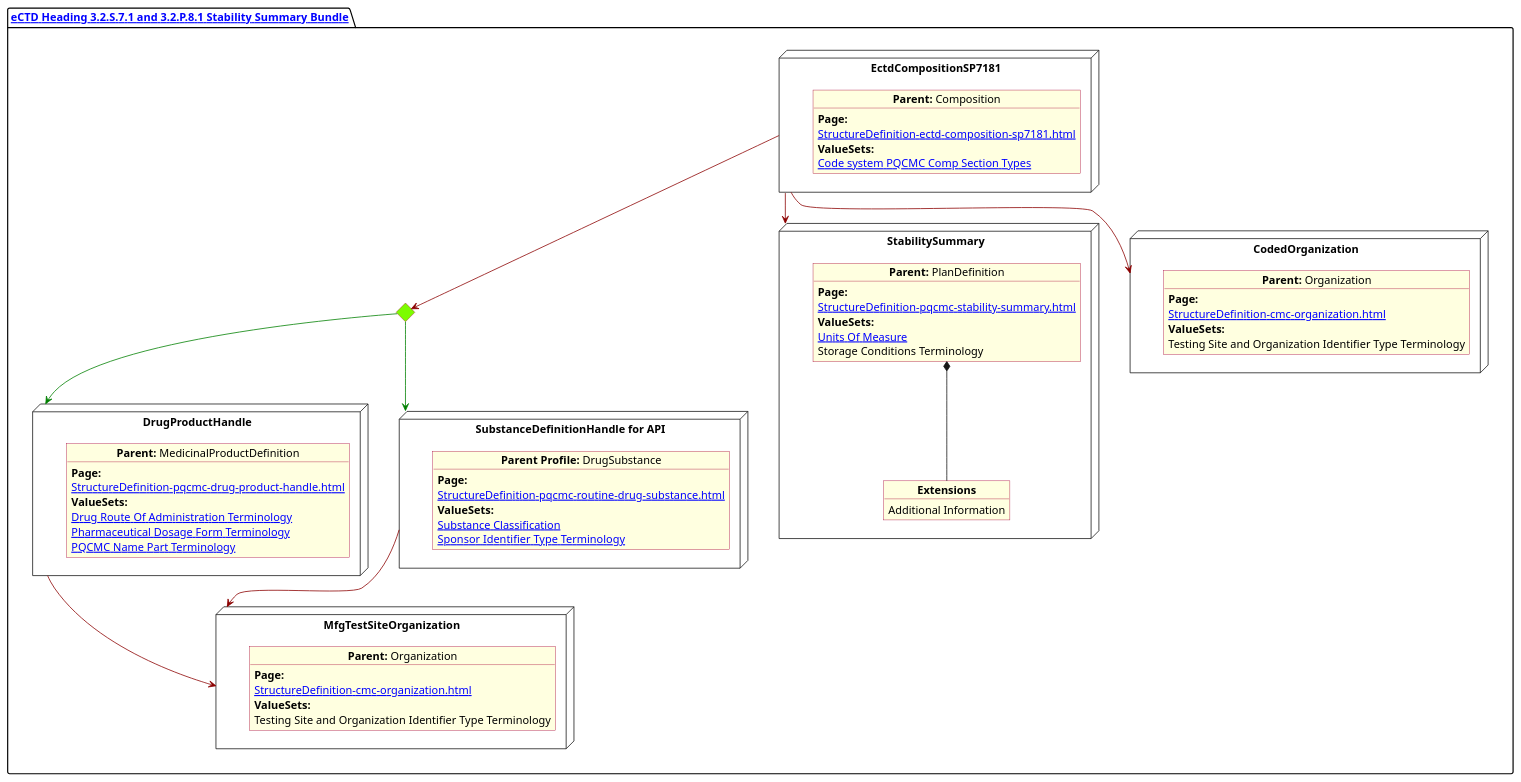
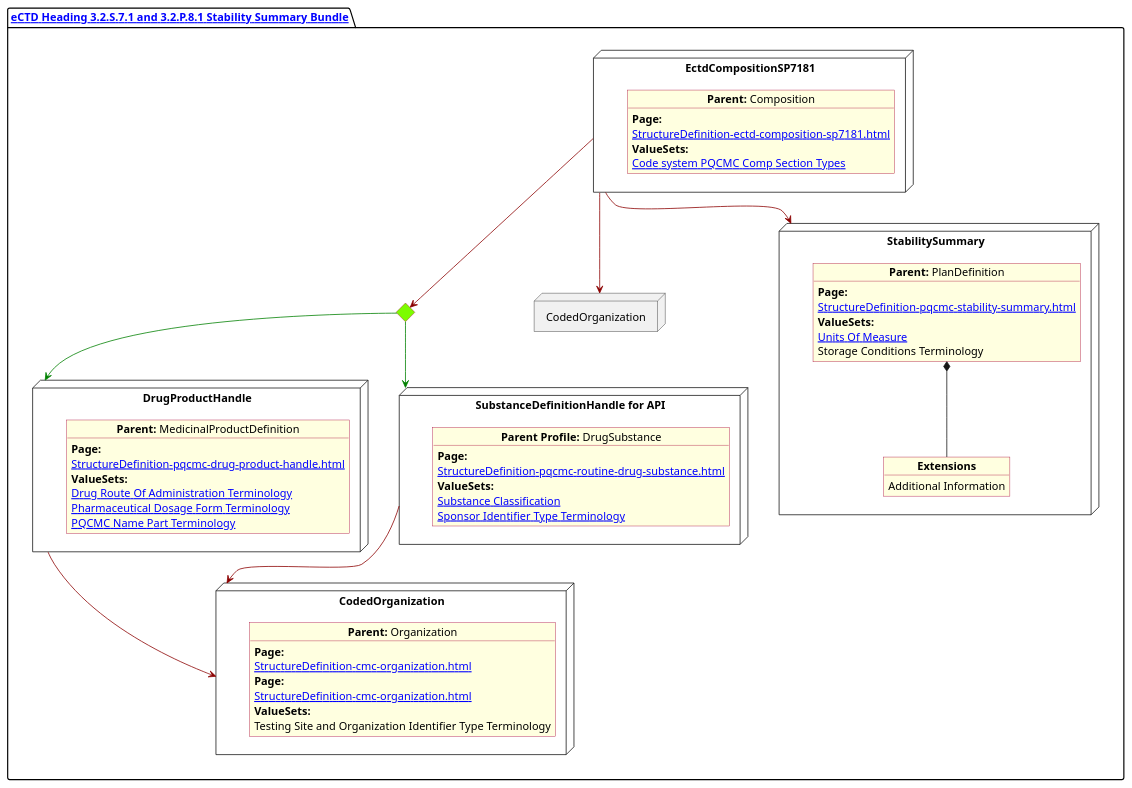
Before and after one commit to HL7/FHIR-us-pq-cmc-fda: the diagram in input/images-source/StabilitySummary.plantuml, drawn with PlantUML. The commit also changed 1 other file, not shown here.

Commit message:
removed Prod container page; repleace Manufactur with codeOrg

```diff
--- a/input/images-source/StabilitySummary.plantuml
+++ b/input/images-source/StabilitySummary.plantuml
@@ -1,93 +1,91 @@
 @startuml StabilitySummary
 allowmixing
 'Mixed model of use case and object
 skinparam svgDimensionStyle false
 skinparam ObjectBackgroundColor LightYellow
 skinparam ObjectBorderColor #A80036
 skinparam activityDiamondBorderColor #A80036
 skinparam activityDiamondBackgroundColor lawnGreen
 skinparam ClassBorderThickness 4
 
 package "[[StructureDefinition-cmc-ectd-document-sp7181.html eCTD Heading 3.2.S.7.1 and 3.2.P.8.1 Stability Summary Bundle]]" as NODES {
 
       node "DrugProductHandle" as NN {
 
             object "**Parent:** MedicinalProductDefinition" as obj3 {
                   **Page:**
                   [[StructureDefinition-pqcmc-drug-product-handle.html]]
                   **ValueSets:**
                   [[ValueSet-spl-drug-route-of-administration-terminology.html Drug Route Of Administration Terminology]]
                   [[ValueSet-spl-pharmaceutical-dosage-form-terminology.html Pharmaceutical Dosage Form Terminology]]
                   [[ValueSet-pqcmc-name-part-terminology.html PQCMC Name Part Terminology]]
             }
       }
       diamond CH
 
       node "SubstanceDefinitionHandle for API" as NNS {
 
             object "**Parent Profile:** DrugSubstance" as obj4 {
                   **Page:**
                   [[StructureDefinition-pqcmc-routine-drug-substance.html]]
                   **ValueSets:**
                   [[ValueSet-substance-classification.html Substance Classification]]
                   [[ValueSet-pqcmc-org-identifier-type-terminology.html Sponsor Identifier Type Terminology]]
             }
       }
 
-      node "MfgTestSiteOrganization" as NMFG {
+        node "CodedOrganization" as NMFG {
 
-            object "**Parent:** Organization" as objDP {
-                  **Page:**
-                  [[StructureDefinition-cmc-organization.html]]
-                  **ValueSets:**
-                  Testing Site and Organization Identifier Type Terminology
-            }
-      }
+    object "**Parent:** Organization" as objAu {
+      **Page:**
+      [[StructureDefinition-cmc-organization.html]]
+    }
+  }
 
       node "StabilitySummary" as NMain {
 
             object "**Parent:** PlanDefinition" as objMain {
                   **Page:**
                   [[StructureDefinition-pqcmc-stability-summary.html]]
                   **ValueSets:**
                   [[ValueSet-pqcmc-units-of-measure.html Units Of Measure]]
                   Storage Conditions Terminology
             }
 
             object "**Extensions**" as objExs2 {
                   Additional Information
             }
 
             objMain *-- objExs2
       }
 
       node "EctdCompositionSP7181" as N1 {
 
             object "**Parent:** Composition" as obj1 {
                   **Page:**
                   [[StructureDefinition-ectd-composition-sp7181.html]]
                   **ValueSets:**
                   [[ValueSet-cmc-comp-section-types-vs.html Code system PQCMC Comp Section Types]]
             }
       }
       node "CodedOrganization" as NSO {
 
             object "**Parent:** Organization" as objAu {
                   **Page:**
                   [[StructureDefinition-cmc-organization.html]]
                   **ValueSets:**
                   Testing Site and Organization Identifier Type Terminology
             }
       }
 
       CH -[#green]-> NN
       CH -[#green]-> NNS
       N1 -[#darkred]-> CH
       N1 -[#darkred]-> NSO
       NN -[#darkred]-> NMFG
       NNS -[#darkred]-> NMFG
       N1 -[#darkred]-> NMain
 
 
 }
 @enduml
```
